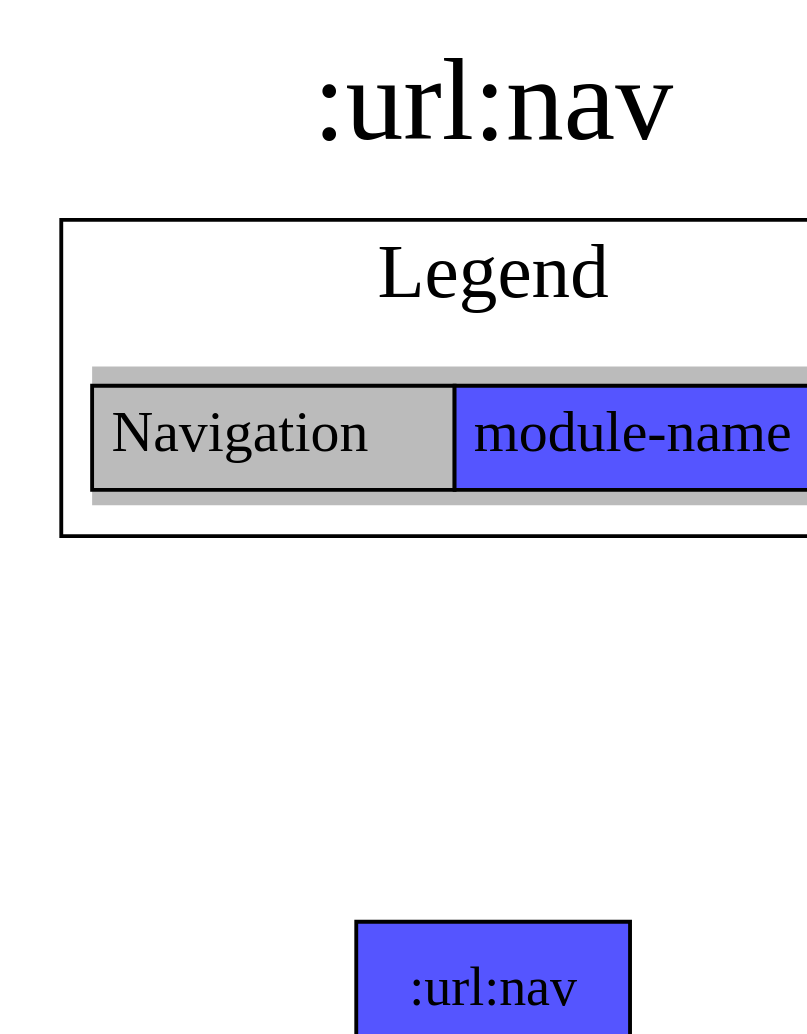
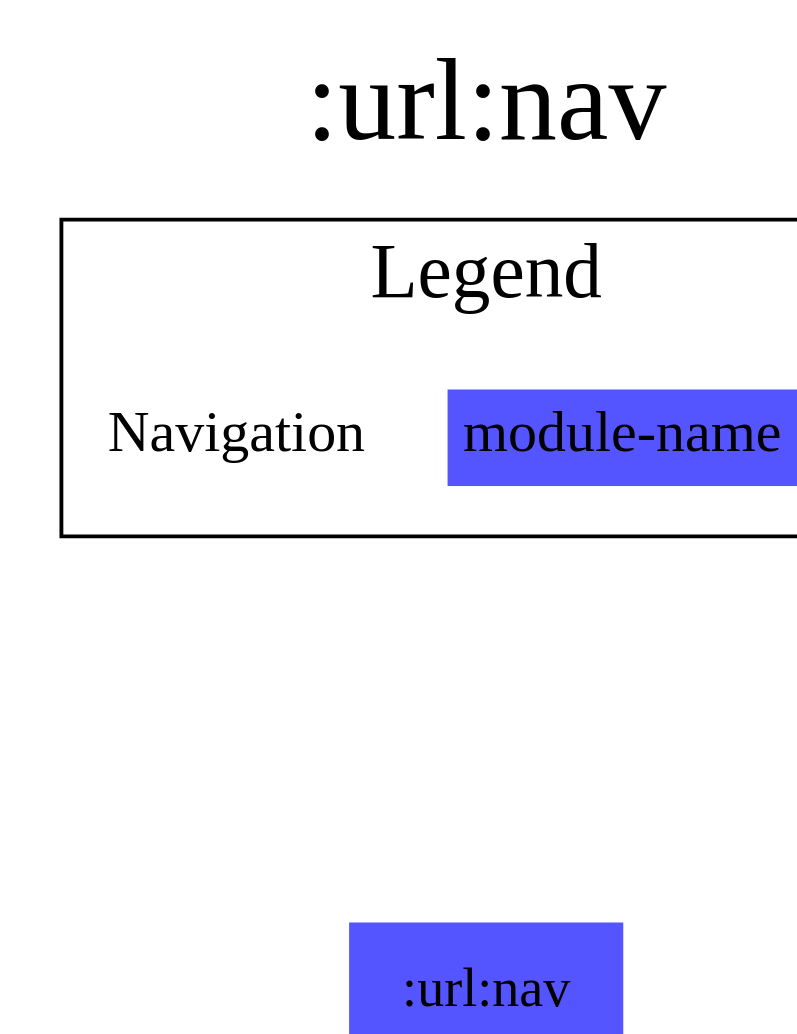
One commit to jonapoul/aktual changed the diagram in modules/url/nav/project-dependency-graph.dot. Above: the diagram before and after it, drawn with Graphviz. The commit also changed 62 other files, not shown here.

Commit message:
Reworked diagrams plugin a bit

```diff
--- a/modules/url/nav/project-dependency-graph.dot
+++ b/modules/url/nav/project-dependency-graph.dot
@@ -1,19 +1,19 @@
 digraph {
 edge ["dir"="forward"]
 graph ["dpi"="100","label"=":url:nav","labelloc"="t","fontsize"="30","ranksep"="1.5","rankdir"="TB"]
 node ["style"="filled"]
-":url:nav" ["fillcolor"="#5555FF","shape"="box"]
+":url:nav" ["fillcolor"="#5555FF","shape"="none"]
 {
 edge ["dir"="none"]
 graph ["rank"="same"]
 }
 subgraph "cluster_legend" {
 edge ["dir"="none"]
 graph ["label"="Legend","fontsize"="20"]
-"Legend" ["style"="filled","fillcolor"="#bbbbbb","shape"="none","margin"="0","fontsize"="15","label"=<
-<TABLE BORDER="0" CELLBORDER="1" CELLSPACING="0" CELLPADDING="4">
+"Legend" ["style"="filled","fillcolor"="#FFFFFF","shape"="none","margin"="0","fontsize"="15","label"=<
+<TABLE BORDER="0" CELLBORDER="0" CELLSPACING="0" CELLPADDING="4">
 <TR><TD>Navigation</TD><TD BGCOLOR="#5555FF">module-name</TD></TR>
 </TABLE>
 >]
 } -> ":url:nav" ["style"="invis"]
 }
```
